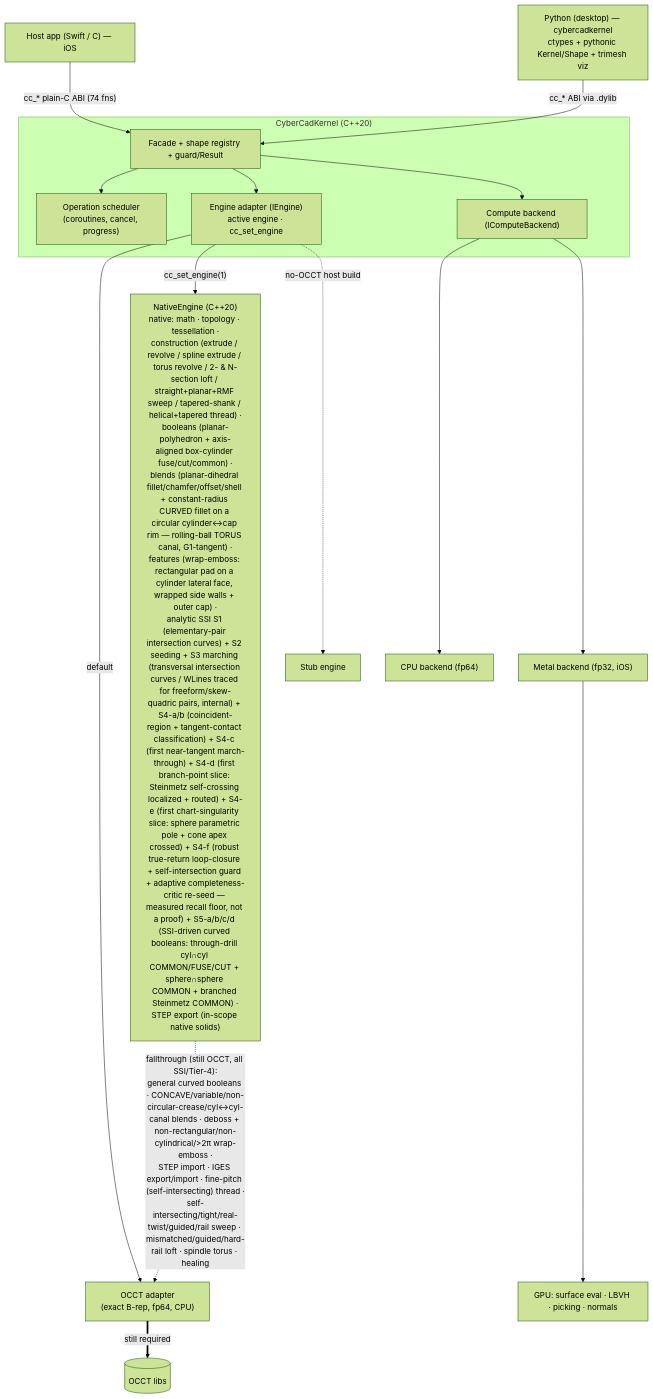
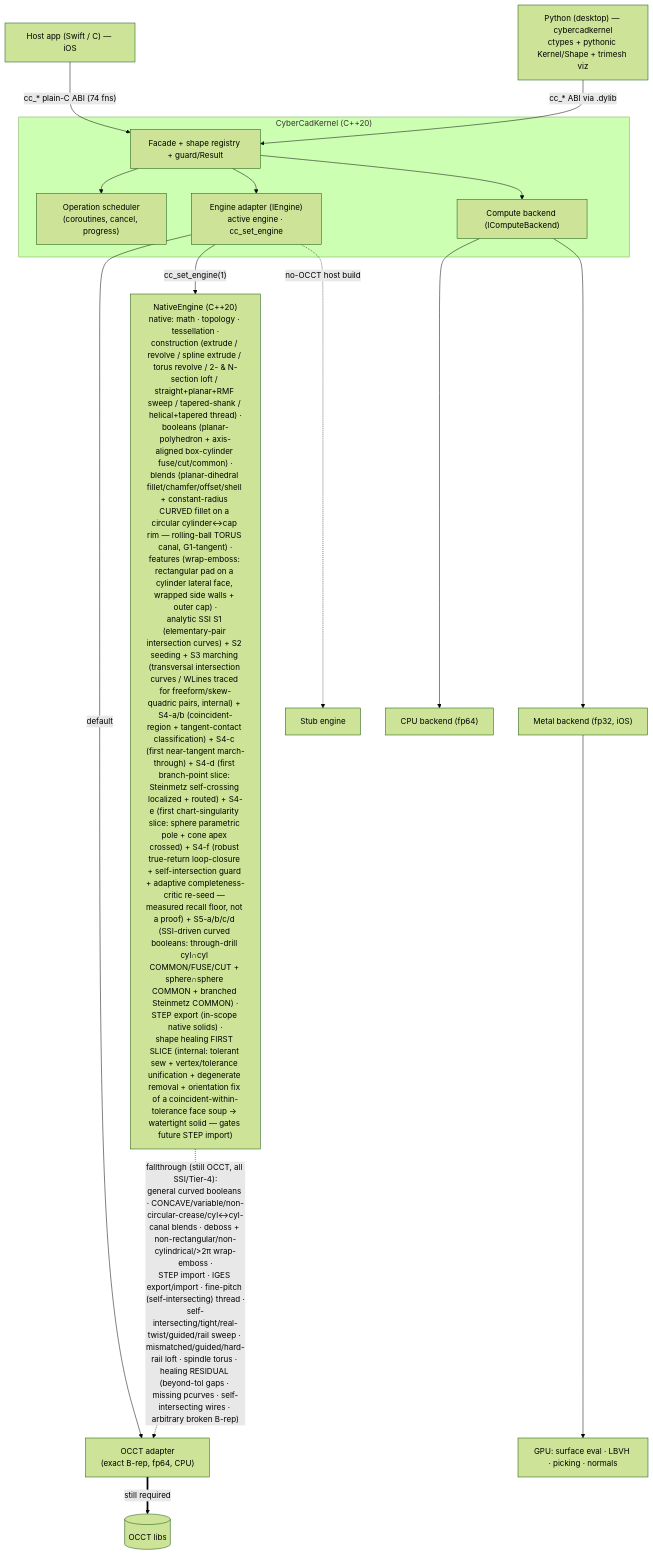
One commit to CyberdyneCorp/CyberCadKernel changed the diagram in README.md. Above: the diagram before and after it, drawn with Mermaid (forest theme). The commit also changed other lines of this file and 28 other files, not shown here.

````diff
--- a/README.md
+++ b/README.md
@@ -33,27 +33,27 @@
 ```mermaid
 flowchart TD
     App["Host app (Swift / C) — iOS"] -->|"cc_* plain-C ABI (74 fns)"| Facade
     Py["Python (desktop) — cybercadkernel<br/>ctypes + pythonic Kernel/Shape + trimesh viz"] -->|"cc_* ABI via .dylib"| Facade
 
     subgraph Kernel["CyberCadKernel (C++20)"]
         Facade["Facade + shape registry + guard/Result"]
         Sched["Operation scheduler<br/>(coroutines, cancel, progress)"]
         Engine["Engine adapter (IEngine)<br/>active engine · cc_set_engine"]
         Compute["Compute backend (IComputeBackend)"]
 
         Facade --> Sched
         Facade --> Engine
         Facade --> Compute
     end
 
     Engine -->|"default"| OCCT["OCCT adapter<br/>(exact B-rep, fp64, CPU)"]
-    Engine -->|"cc_set_engine(1)"| Native["NativeEngine (C++20)<br/>native: math · topology · tessellation ·<br/>construction (extrude / revolve / spline extrude / torus revolve / 2- &amp; N-section loft / straight+planar+RMF sweep / tapered-shank / helical+tapered thread) ·<br/>booleans (planar-polyhedron + axis-aligned box-cylinder fuse/cut/common) ·<br/>blends (planar-dihedral fillet/chamfer/offset/shell + constant-radius CURVED fillet on a circular cylinder↔cap rim — rolling-ball TORUS canal, G1-tangent) ·<br/>features (wrap-emboss: rectangular pad on a cylinder lateral face, wrapped side walls + outer cap) ·<br/>analytic SSI S1 (elementary-pair intersection curves) + S2 seeding + S3 marching (transversal intersection curves / WLines traced for freeform/skew-quadric pairs, internal) + S4-a/b (coincident-region + tangent-contact classification) + S4-c (first near-tangent march-through) + S4-d (first branch-point slice: Steinmetz self-crossing localized + routed) + S4-e (first chart-singularity slice: sphere parametric pole + cone apex crossed) + S4-f (robust true-return loop-closure + self-intersection guard + adaptive completeness-critic re-seed — measured recall floor, not a proof) + S5-a/b/c/d (SSI-driven curved booleans: through-drill cyl∩cyl COMMON/FUSE/CUT + sphere∩sphere COMMON + branched Steinmetz COMMON) ·<br/>STEP export (in-scope native solids)"]
+    Engine -->|"cc_set_engine(1)"| Native["NativeEngine (C++20)<br/>native: math · topology · tessellation ·<br/>construction (extrude / revolve / spline extrude / torus revolve / 2- &amp; N-section loft / straight+planar+RMF sweep / tapered-shank / helical+tapered thread) ·<br/>booleans (planar-polyhedron + axis-aligned box-cylinder fuse/cut/common) ·<br/>blends (planar-dihedral fillet/chamfer/offset/shell + constant-radius CURVED fillet on a circular cylinder↔cap rim — rolling-ball TORUS canal, G1-tangent) ·<br/>features (wrap-emboss: rectangular pad on a cylinder lateral face, wrapped side walls + outer cap) ·<br/>analytic SSI S1 (elementary-pair intersection curves) + S2 seeding + S3 marching (transversal intersection curves / WLines traced for freeform/skew-quadric pairs, internal) + S4-a/b (coincident-region + tangent-contact classification) + S4-c (first near-tangent march-through) + S4-d (first branch-point slice: Steinmetz self-crossing localized + routed) + S4-e (first chart-singularity slice: sphere parametric pole + cone apex crossed) + S4-f (robust true-return loop-closure + self-intersection guard + adaptive completeness-critic re-seed — measured recall floor, not a proof) + S5-a/b/c/d (SSI-driven curved booleans: through-drill cyl∩cyl COMMON/FUSE/CUT + sphere∩sphere COMMON + branched Steinmetz COMMON) ·<br/>STEP export (in-scope native solids) ·<br/>shape healing FIRST SLICE (internal: tolerant sew + vertex/tolerance unification + degenerate removal + orientation fix of a coincident-within-tolerance face soup → watertight solid — gates future STEP import)"]
     Engine -.->|"no-OCCT host build"| Stub["Stub engine"]
 
-    Native -.->|"fallthrough (still OCCT, all SSI/Tier-4):<br/>general curved booleans · CONCAVE/variable/non-circular-crease/cyl↔cyl-canal blends · deboss + non-rectangular/non-cylindrical/&gt;2π wrap-emboss ·<br/>STEP import · IGES export/import · fine-pitch (self-intersecting) thread ·<br/>self-intersecting/tight/real-twist/guided/rail sweep · mismatched/guided/hard-rail loft · spindle torus · healing"| OCCT
+    Native -.->|"fallthrough (still OCCT, all SSI/Tier-4):<br/>general curved booleans · CONCAVE/variable/non-circular-crease/cyl↔cyl-canal blends · deboss + non-rectangular/non-cylindrical/&gt;2π wrap-emboss ·<br/>STEP import · IGES export/import · fine-pitch (self-intersecting) thread ·<br/>self-intersecting/tight/real-twist/guided/rail sweep · mismatched/guided/hard-rail loft · spindle torus · healing RESIDUAL (beyond-tol gaps · missing pcurves · self-intersecting wires · arbitrary broken B-rep)"| OCCT
     OCCT ==>|"still required"| OCCTlib[("OCCT libs")]
 
     Compute --> CPUb["CPU backend (fp64)"]
     Compute --> Metal["Metal backend (fp32, iOS)"]
     Metal --> GPU["GPU: surface eval · LBVH · picking · normals"]
 ```
````
